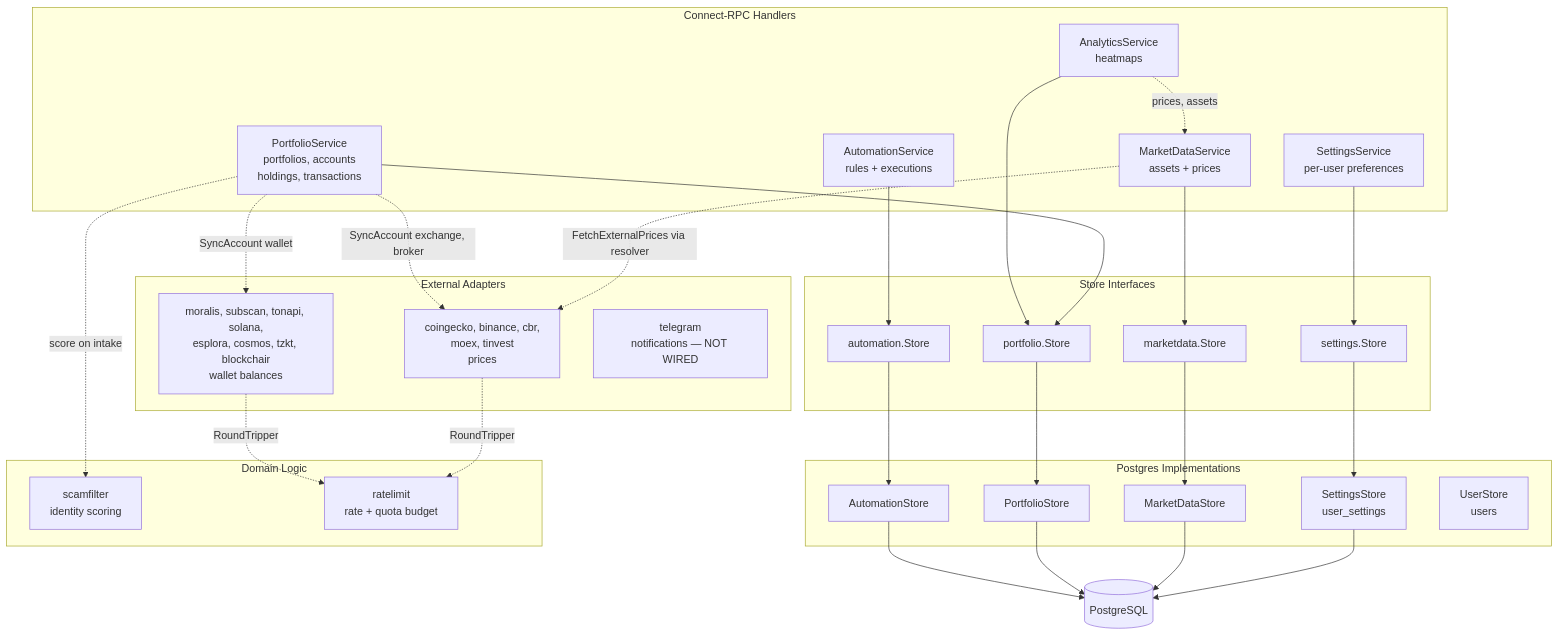
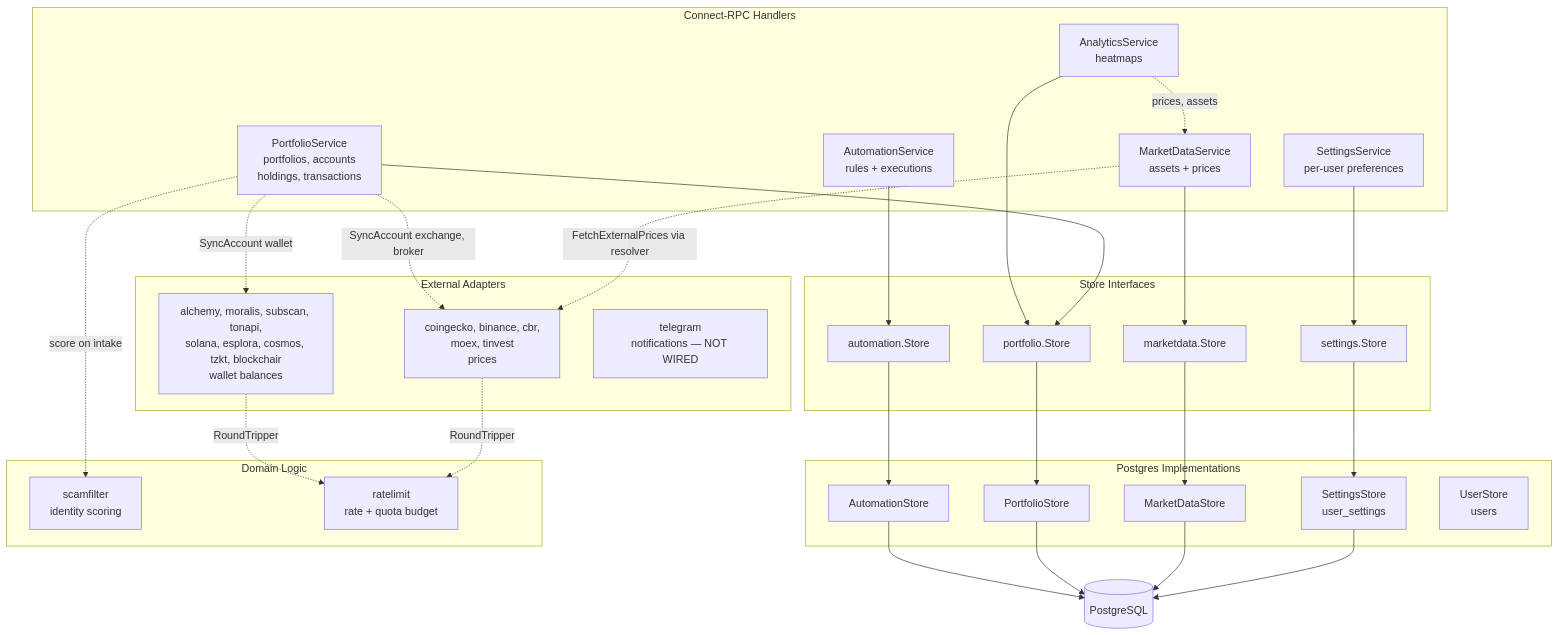
Before and after one commit to foxcool/greedy-eye: the third of 3 diagrams in docs/architecture.md, drawn with Mermaid. The commit also changed other lines of this file and 1 other file, not shown here.

First line of the commit message:
docs(architecture): catch the document up, including two things it stated wrongly

````diff
--- a/docs/architecture.md
+++ b/docs/architecture.md
@@ -282,50 +282,50 @@
 ```mermaid
 graph TB
     subgraph "Connect-RPC Handlers"
         MDS[MarketDataService<br/>assets + prices]
         PS[PortfolioService<br/>portfolios, accounts<br/>holdings, transactions]
         AS[AutomationService<br/>rules + executions]
         ANS[AnalyticsService<br/>heatmaps]
         SET[SettingsService<br/>per-user preferences]
     end
 
     subgraph "Store Interfaces"
         MDSI[marketdata.Store]
         PSI[portfolio.Store]
         ASI[automation.Store]
         SETI[settings.Store]
     end
 
     subgraph "Postgres Implementations"
         MDSP[MarketDataStore]
         PSP[PortfolioStore]
         ASP[AutomationStore]
         SETP[SettingsStore<br/>user_settings]
         SSP[UserStore<br/>users]
     end
 
     subgraph "External Adapters"
         Prices[coingecko, binance, cbr,<br/>moex, tinvest<br/>prices]
-        Wallets[moralis, subscan, tonapi, solana,<br/>esplora, cosmos, tzkt, blockchair<br/>wallet balances]
+        Wallets[alchemy, moralis, subscan, tonapi,<br/>solana, esplora, cosmos, tzkt, blockchair<br/>wallet balances]
         Telegram[telegram<br/>notifications — NOT WIRED]
     end
 
     subgraph "Domain Logic"
         SF[scamfilter<br/>identity scoring]
         RL[ratelimit<br/>rate + quota budget]
     end
 
     SET --> SETI --> SETP --> DB[(PostgreSQL)]
     MDS --> MDSI --> MDSP --> DB[(PostgreSQL)]
     PS  --> PSI  --> PSP  --> DB
     AS  --> ASI  --> ASP  --> DB
     ANS --> PSI
     ANS -.->|prices, assets| MDS
 
     MDS -.->|FetchExternalPrices via resolver| Prices
     PS  -.->|SyncAccount wallet| Wallets
     PS  -.->|SyncAccount exchange, broker| Prices
     PS  -.->|score on intake| SF
     Prices -.->|RoundTripper| RL
     Wallets -.->|RoundTripper| RL
 ```
````
